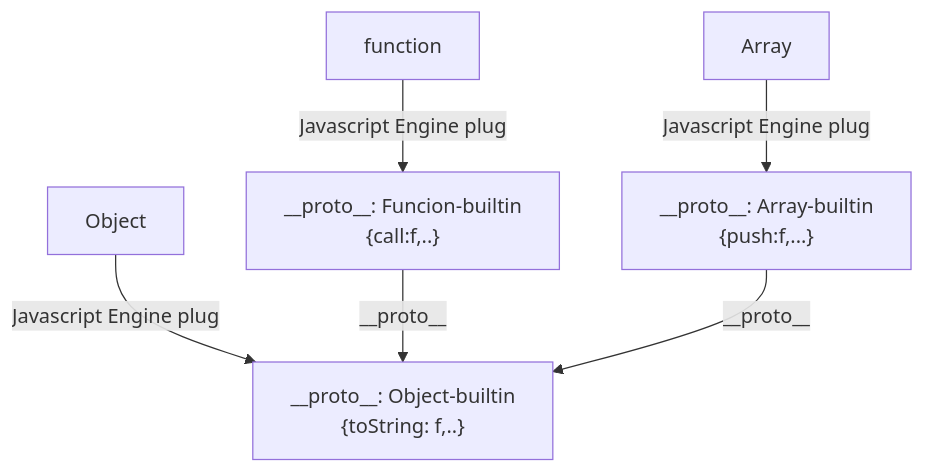
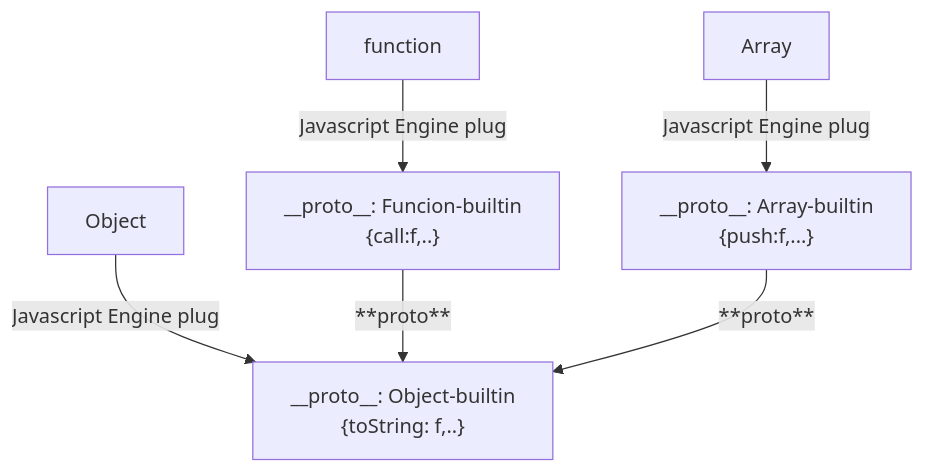
One commit to HoTrongHai/hohai.github.io changed the second of 3 diagrams in content/posts/02-OOP-Prototype Inheritance.md. Above: the diagram before and after it, drawn with Mermaid. The commit also changed other lines of this file and 12 other files, not shown here.

````diff
--- a/content/posts/02-OOP-Prototype Inheritance.md
+++ b/content/posts/02-OOP-Prototype Inheritance.md
@@ -35,21 +37,18 @@
-```mermaid
+{{< mermaid >}}
 graph
 D["Object"]
 E["function"]
 F["Array"]
 
 A["__proto__: Object-builtin<br>{toString: f,..}"]
 B["__proto__: Funcion-builtin<br>{call:f,..}"]
 C["__proto__: Array-builtin<br>{push:f,...}"]
 
-
-
 D--Javascript Engine plug-->A
 E--Javascript Engine plug-->B
 F--Javascript Engine plug-->C
 
-B--__proto__-->A
-C--__proto__-->A
+B--**proto**-->A
+C--**proto**-->A
 
-
-```
+{{< /mermaid >}}
````
